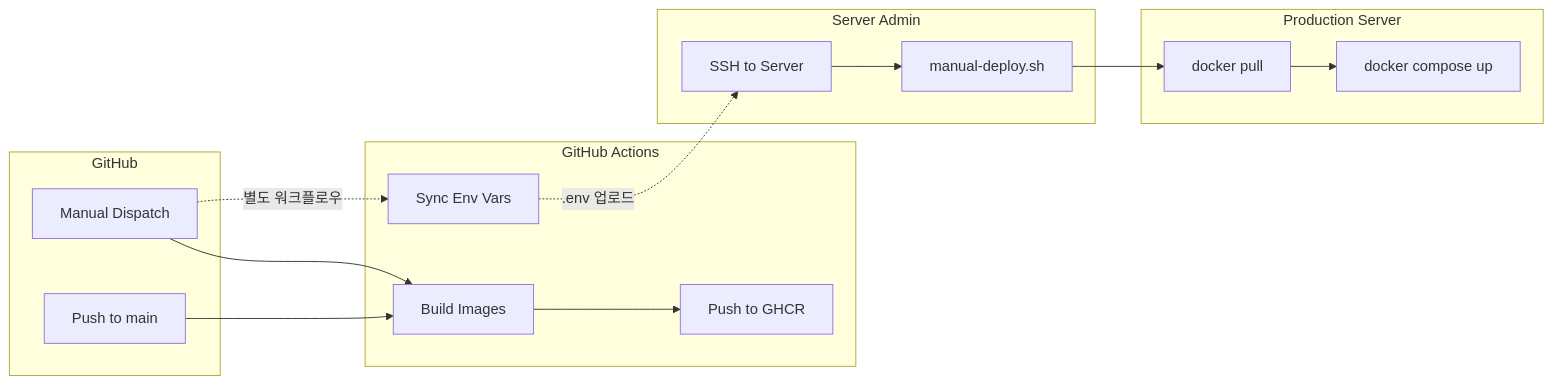
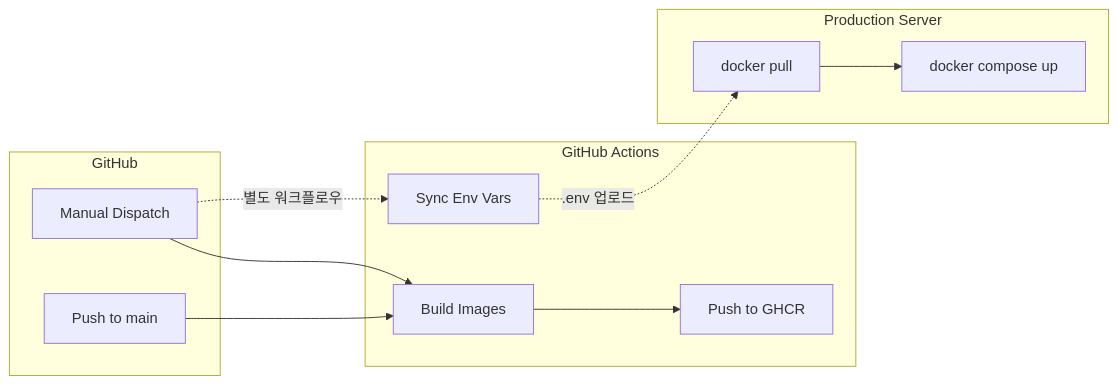
One commit to choisimo/blog changed the diagram in backend/README-CICD.md. Above: the diagram before and after it, drawn with Mermaid. The commit also changed other lines of this file and 119 other files, not shown here.

````diff
--- a/backend/README-CICD.md
+++ b/backend/README-CICD.md
@@ -41,34 +43,26 @@
 ```mermaid
 flowchart LR
     subgraph "GitHub"
         PUSH[Push to main]
         DISPATCH[Manual Dispatch]
     end
 
     subgraph "GitHub Actions"
         BUILD[Build Images]
         PUSH_REG[Push to GHCR]
         SYNC_ENV[Sync Env Vars]
     end
 
-    subgraph "Server Admin"
-        SSH[SSH to Server]
-        SCRIPT[manual-deploy.sh]
-    end
-
     subgraph "Production Server"
         PULL[docker pull]
         COMPOSE[docker compose up]
     end
 
     PUSH --> BUILD
     DISPATCH --> BUILD
     BUILD --> PUSH_REG
-    
+
     DISPATCH -.->|별도 워크플로우| SYNC_ENV
-    SYNC_ENV -.->|.env 업로드| SSH
-    
-    SSH --> SCRIPT
-    SCRIPT --> PULL
+    SYNC_ENV -.->|.env 업로드| PULL
     PULL --> COMPOSE
 ```
````
